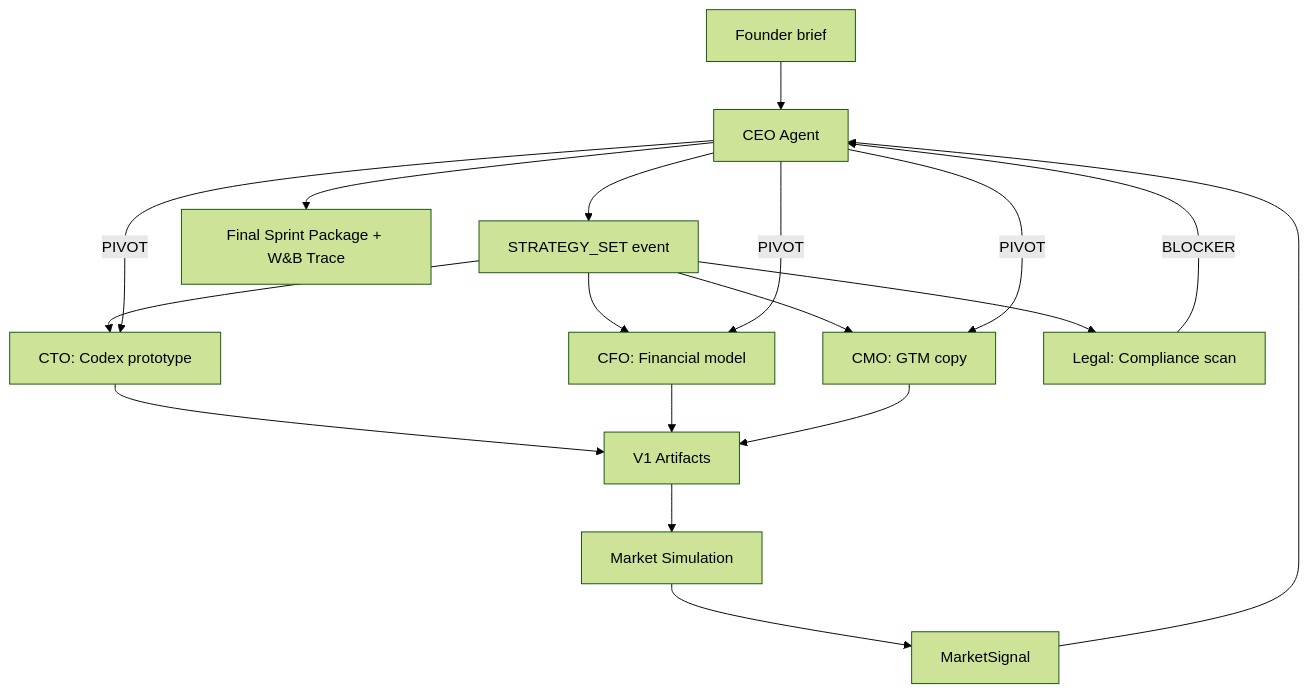
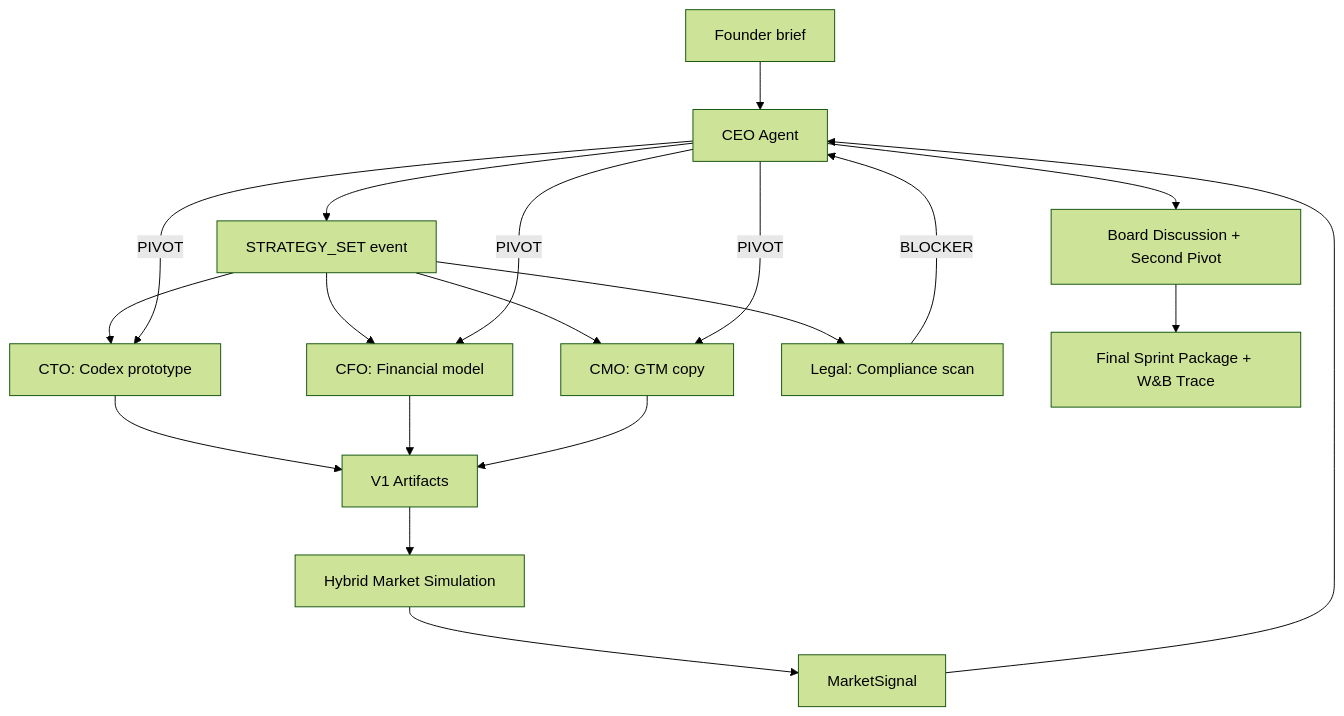
The diagram in README.md (ayushozha/ghost-board), drawn with Mermaid (forest theme) before and after one commit. The commit also changed other lines of this file and 9 other files, not shown here.

````diff
--- a/README.md
+++ b/README.md
@@ -33,20 +125,21 @@
 ```mermaid
 flowchart TD
     A["Founder brief"] --> B["CEO Agent"]
     B --> C["STRATEGY_SET event"]
     C --> D["CTO: Codex prototype"]
     C --> E["CFO: Financial model"]
     C --> F["CMO: GTM copy"]
     C --> G["Legal: Compliance scan"]
     G -->|BLOCKER| B
     B -->|PIVOT| D
     B -->|PIVOT| E
     B -->|PIVOT| F
     D --> H["V1 Artifacts"]
     E --> H
     F --> H
-    H --> I["Market Simulation"]
+    H --> I["Hybrid Market Simulation"]
     I --> J["MarketSignal"]
     J --> B
-    B --> K["Final Sprint Package + W&B Trace"]
+    B --> K["Board Discussion + Second Pivot"]
+    K --> L["Final Sprint Package + W&B Trace"]
 ```
````
